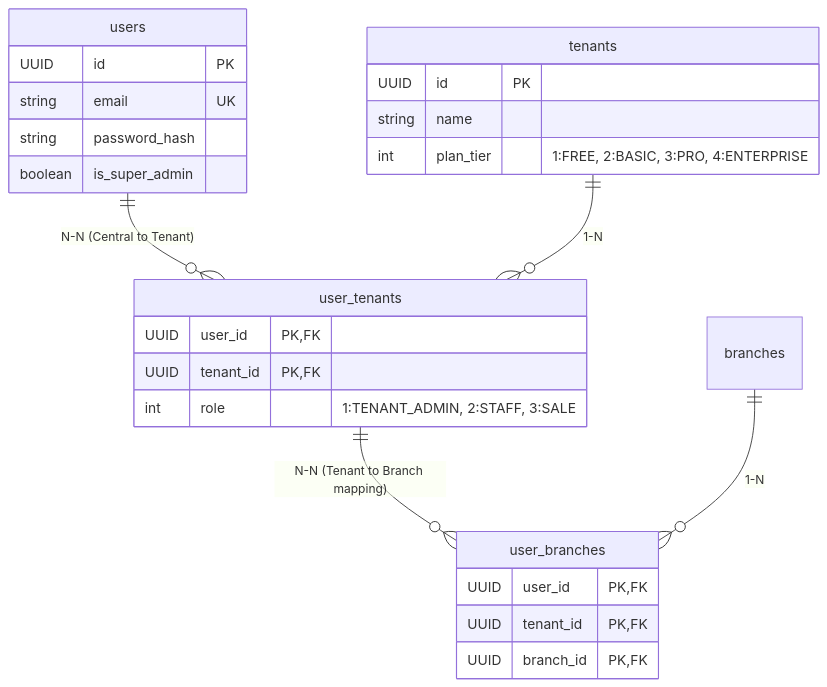
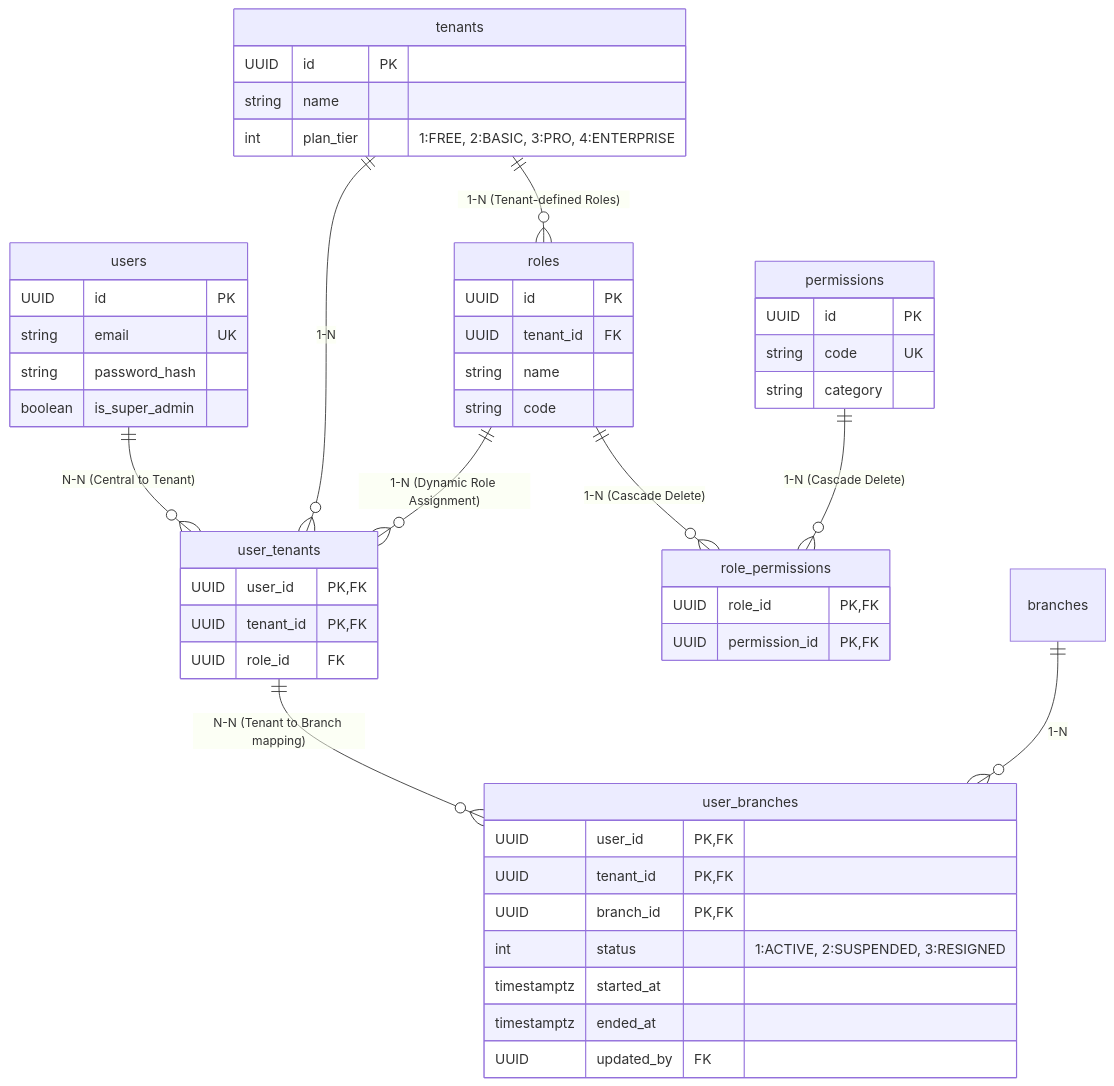
Before and after one commit to foodboi88/car-rental-saas: the diagram in docs/overviews/onboarding.md, drawn with Mermaid. The commit also changed other lines of this file and 6 other files, not shown here.

````diff
--- a/docs/overviews/onboarding.md
+++ b/docs/overviews/onboarding.md
@@ -33,32 +33,58 @@
 ```mermaid
 erDiagram
     users ||--o{ user_tenants : "N-N (Central to Tenant)"
     tenants ||--o{ user_tenants : "1-N"
+    tenants ||--o{ roles : "1-N (Tenant-defined Roles)"
+    roles ||--o{ user_tenants : "1-N (Dynamic Role Assignment)"
+    roles ||--o{ role_permissions : "1-N (Cascade Delete)"
+    permissions ||--o{ role_permissions : "1-N (Cascade Delete)"
     user_tenants ||--o{ user_branches : "N-N (Tenant to Branch mapping)"
     branches ||--o{ user_branches : "1-N"
     
     users {
         UUID id PK
         string email UK
         string password_hash
         boolean is_super_admin
     }
     
     tenants {
         UUID id PK
         string name
         int plan_tier "1:FREE, 2:BASIC, 3:PRO, 4:ENTERPRISE"
     }
+
+    roles {
+        UUID id PK
+        UUID tenant_id FK
+        string name
+        string code
+    }
+
+    permissions {
+        UUID id PK
+        string code UK
+        string category
+    }
+
+    role_permissions {
+        UUID role_id PK, FK
+        UUID permission_id PK, FK
+    }
     
     user_tenants {
         UUID user_id PK, FK
         UUID tenant_id PK, FK
-        int role "1:TENANT_ADMIN, 2:STAFF, 3:SALE"
+        UUID role_id FK
     }
     
     user_branches {
         UUID user_id PK, FK
         UUID tenant_id PK, FK
         UUID branch_id PK, FK
+        int status "1:ACTIVE, 2:SUSPENDED, 3:RESIGNED"
+        timestamptz started_at
+        timestamptz ended_at
+        UUID updated_by FK
     }
 ```
````
